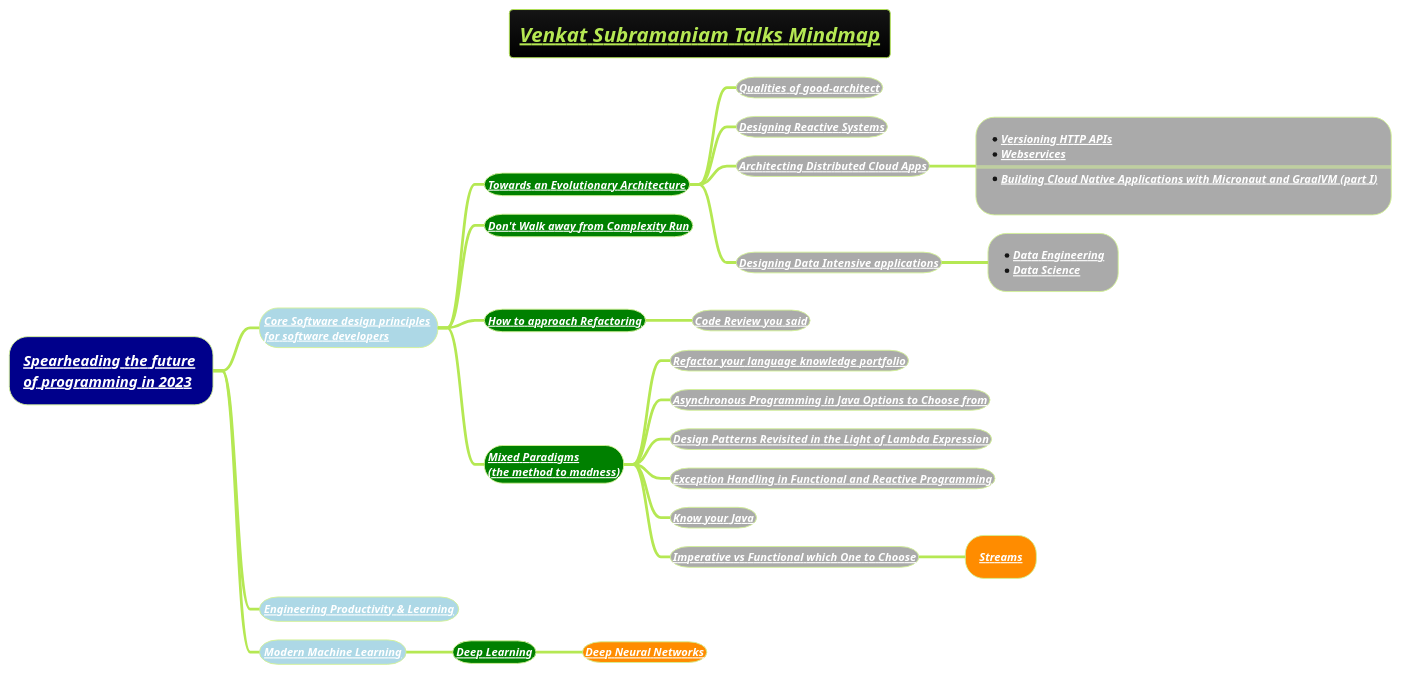
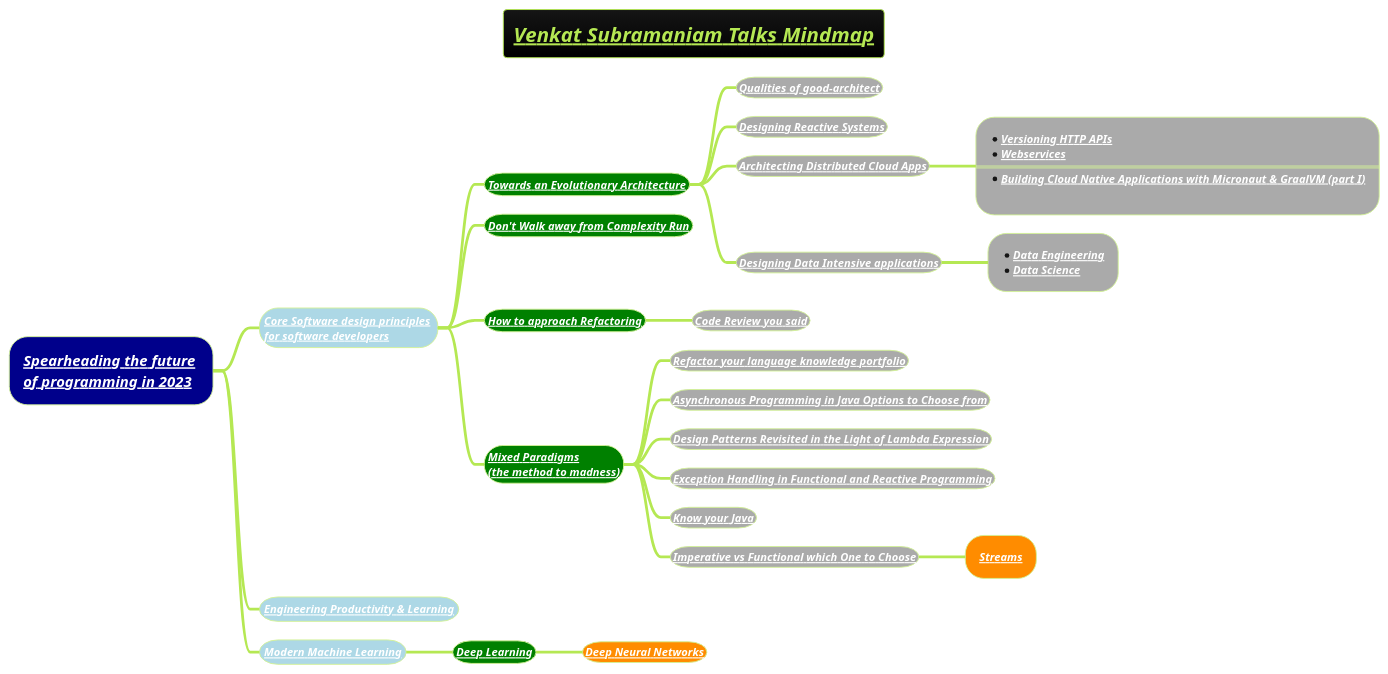
Before and after one commit to MehmoodHashmi/Documentation-as-Code-DaC: the diagram in docs/3-programming-languages/Venkat-Subramaniam/venkat-talks-mindmap.puml, drawn with PlantUML. The commit also changed 8 other files, not shown here.

```diff
--- a/docs/3-programming-languages/Venkat-Subramaniam/venkat-talks-mindmap.puml
+++ b/docs/3-programming-languages/Venkat-Subramaniam/venkat-talks-mindmap.puml
@@ -1,34 +1,34 @@
 @startmindmap
 title =<i><b><u><size:18>Venkat Subramaniam Talks Mindmap
 !theme hacker
 
 *[#darkblue] <i><color #black>[[docs/3-programming-languages/Venkat-Subramaniam/Spearheading-the-future-of-programming-2023.puml Spearheading the future]] \n<i><color #black>[[docs/3-programming-languages/Venkat-Subramaniam/Spearheading-the-future-of-programming-2023.puml of programming in 2023]]
 **[#lightblue] <color:white><i><size:12>[[docs/3-programming-languages/Venkat-Subramaniam/Core-Software-design-principles-for-software-developers.puml Core Software design principles]] \n<color:white><i><size:12>[[docs/3-programming-languages/Venkat-Subramaniam/Core-Software-design-principles-for-software-developers.puml for software developers ]]
 ***[#green] <b><i><color #black><size:12>[[docs/3-programming-languages/Venkat-Subramaniam/Towards-an-Evolutionary-Architecture.puml Towards an Evolutionary Architecture]]
 ****[#a] <b><i><color #black><size:12>[[docs/3-programming-languages/Venkat-Subramaniam/Qualities-of-good-architect.puml Qualities of good-architect]]
 ****[#a] <b><i><color #black><size:12>[[docs/3-programming-languages/Venkat-Subramaniam/Designing-Reactive-Systems.puml Designing Reactive Systems]]
 ****[#a] <b><i><color #black><size:12>[[docs/3-programming-languages/Venkat-Subramaniam/Architecting-Distributed-Cloud-Apps.puml Architecting Distributed Cloud Apps]]
 *****[#a]:*<b><i><color #black><size:12>[[docs/3-programming-languages/Venkat-Subramaniam/Architecting-Distributed-Cloud-Apps.puml Versioning HTTP APIs]]
 *<b><i><color #black><size:12>[[docs/3-programming-languages/Venkat-Subramaniam/webservice.puml Webservices]]
 ====
-*<b><i><color #black><size:12>[[docs/3-programming-languages/Venkat-Subramaniam/webservice.puml Building Cloud Native Applications with Micronaut and GraalVM (part I)]]
+*<b><i><color #black><size:12>[[docs/3-programming-languages/Venkat-Subramaniam/Building-Cloud-Native-Applications-with-Micronaut-and-GraalVM.puml Building Cloud Native Applications with Micronaut & GraalVM (part I)]]
 ;
 ****[#a] <b><i><color #black><size:12>[[docs/books/1-books-backlog/DBMS/Designing-Data-Intensive-Applications.puml Designing Data Intensive applications]]
 *****[#a] *<b><i><color #black><size:12>[[docs/AI-ML-DL-Data-Science-and-BigData/data-science/data-engineering/Data-Engineering.puml Data Engineering]] \n*<b><i><color #black><size:12>[[docs/AI-ML-DL-Data-Science-and-BigData/data-science/Data-Science.puml Data Science]]
 ***[#green] <b><i><color #black><size:12>[[docs/3-programming-languages/Venkat-Subramaniam/Do-not-Walk-Away-From-Complexity-Run.puml Don't Walk away from Complexity Run]]
 ***[#green] <b><i><color #black><size:12>[[docs/3-programming-languages/Venkat-Subramaniam/how-to-approach-refactoring.puml How to approach Refactoring]]
 ****[#a] <b><i><color #black><size:12>[[docs/3-programming-languages/Venkat-Subramaniam/Code-Review-you-said.puml Code Review you said]]
 ***[#green] <b><i><color #black><size:12>[[docs/3-programming-languages/Venkat-Subramaniam/mixed-paradigms-(the-method-to-madness).puml Mixed Paradigms]] \n<b><i><color #black><size:12>[[docs/3-programming-languages/Venkat-Subramaniam/mixed-paradigms-(the-method-to-madness).puml (the method to madness)]]
 ****[#a] <b><i><color #black><size:12>[[docs/3-programming-languages/Venkat-Subramaniam/Refactor-your-language-knowledge-portfolio-(we-are-what-we-can-code-in).puml Refactor your language knowledge portfolio]]
 ****[#a] <b><i><color #black><size:12>[[docs/3-programming-languages/Venkat-Subramaniam/Asynchronous-Programming-in-Java-Options-to-Choose-from.puml Asynchronous Programming in Java Options to Choose from]]
 ****[#a] <b><i><color #black><size:12>[[docs/3-programming-languages/Venkat-Subramaniam/Design-Patterns-revisited-in-the-Light-of-Lambda-Expression.puml Design Patterns Revisited in the Light of Lambda Expression]]
 ****[#a] <b><i><color #black><size:12>[[docs/3-programming-languages/Venkat-Subramaniam/Exception-Handling-in-Functional-and-Reactive-Programming.puml Exception Handling in Functional and Reactive Programming]]
 ****[#a] <b><i><color #black><size:12>[[docs/3-programming-languages/Venkat-Subramaniam/Know-your-java-venkat.puml Know your Java]]
 ****[#a] <b><i><color #black><size:12>[[docs/3-programming-languages/Venkat-Subramaniam/Imperative-vs-Functional-Which-one-to-Choose.puml Imperative vs Functional which One to Choose]]
 *****[#darkorange] <b><i><color #black><size:12>[[docs/3-programming-languages/Venkat-Subramaniam/Streams.puml Streams]]
 **[#lightblue] <b><i><color #black><size:12>[[docs/3-programming-languages/Venkat-Subramaniam/Engineering-Productivity-and-Learning.puml Engineering Productivity & Learning]]
 **[#lightblue] <b><i><color #black><size:12>[[docs/AI-ML-DL-Data-Science-and-BigData/machine-learning-ML/Modern-Machine-Learning.puml Modern Machine Learning]]
 ***[#green] <b><i><color #black><size:12>[[docs/AI-ML-DL-Data-Science-and-BigData/machine-learning-ML/3-deep-learning-DL/Deep-Learning.puml Deep Learning]]
 ****[#darkorange] <b><i><color #black><size:12>[[docs/AI-ML-DL-Data-Science-and-BigData/machine-learning-ML/3-deep-learning-DL/Neural-Network-Architecture.puml Deep Neural Networks]]
 
 @endmindmap
```
